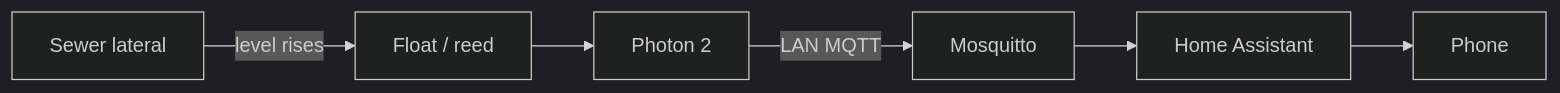
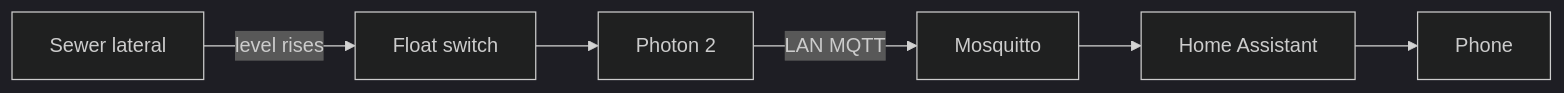
The diagram in README.md (esper256/smart-sewer-backup-detector), drawn with Mermaid (dark theme) before and after one commit. The commit also changed other lines of this file and 1 other file, not shown here.

First line of the commit message:
Rewrite instructable prose and keep the float in the riser.

````diff
--- a/README.md
+++ b/README.md
@@ -17,8 +33,8 @@
 ```mermaid
 flowchart LR
-  lateral[Sewer lateral] -->|level rises| float[Float / reed]
+  lateral[Sewer lateral] -->|level rises| float[Float switch]
   float --> photon[Photon 2]
   photon -->|LAN MQTT| broker[Mosquitto]
   broker --> ha[Home Assistant]
   ha --> phone[Phone]
 ```
````
